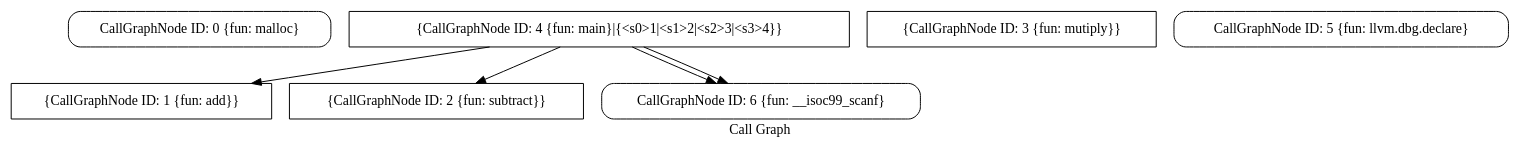
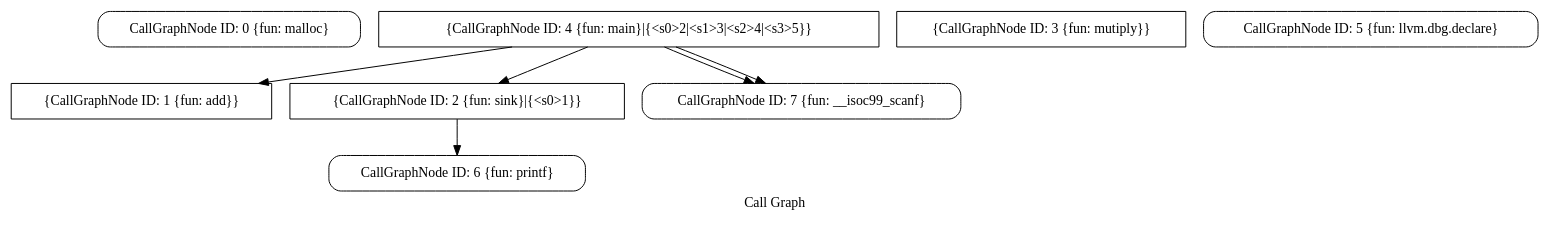
One commit to kshpdr/SVF-Project changed the diagram in graphs/call_graph_example3.bc.dot. Above: the diagram before and after it, drawn with Graphviz. The commit also changed 9 other files, not shown here.

```diff
--- a/graphs/call_graph_example3.bc.dot
+++ b/graphs/call_graph_example3.bc.dot
@@ -1,15 +1,17 @@
 digraph "Call Graph" {
 	label="Call Graph";
 
-	Node0x556d77b29900 [shape=record,shape=Mrecord,label="{CallGraphNode ID: 0 \{fun: malloc\}}"];
-	Node0x556d77ac2950 [shape=record,shape=box,label="{CallGraphNode ID: 1 \{fun: add\}}"];
-	Node0x556d77b26fa0 [shape=record,shape=box,label="{CallGraphNode ID: 2 \{fun: subtract\}}"];
-	Node0x556d77b270a0 [shape=record,shape=box,label="{CallGraphNode ID: 3 \{fun: mutiply\}}"];
-	Node0x556d77b271a0 [shape=record,shape=box,label="{CallGraphNode ID: 4 \{fun: main\}|{<s0>1|<s1>2|<s2>3|<s3>4}}"];
-	Node0x556d77b271a0:s0 -> Node0x556d77b273a0[color=black];
-	Node0x556d77b271a0:s1 -> Node0x556d77b273a0[color=black];
-	Node0x556d77b271a0:s2 -> Node0x556d77ac2950[color=black];
-	Node0x556d77b271a0:s3 -> Node0x556d77b26fa0[color=black];
-	Node0x556d77b272a0 [shape=record,shape=Mrecord,label="{CallGraphNode ID: 5 \{fun: llvm.dbg.declare\}}"];
-	Node0x556d77b273a0 [shape=record,shape=Mrecord,label="{CallGraphNode ID: 6 \{fun: __isoc99_scanf\}}"];
+	Node0x5555561aca10 [shape=record,shape=Mrecord,label="{CallGraphNode ID: 0 \{fun: malloc\}}"];
+	Node0x555556211990 [shape=record,shape=box,label="{CallGraphNode ID: 1 \{fun: add\}}"];
+	Node0x5555561f78c0 [shape=record,shape=box,label="{CallGraphNode ID: 2 \{fun: sink\}|{<s0>1}}"];
+	Node0x5555561f78c0:s0 -> Node0x5555561f7cc0[color=black];
+	Node0x5555561f79c0 [shape=record,shape=box,label="{CallGraphNode ID: 3 \{fun: mutiply\}}"];
+	Node0x5555561f7ac0 [shape=record,shape=box,label="{CallGraphNode ID: 4 \{fun: main\}|{<s0>2|<s1>3|<s2>4|<s3>5}}"];
+	Node0x5555561f7ac0:s0 -> Node0x5555561f7dc0[color=black];
+	Node0x5555561f7ac0:s1 -> Node0x5555561f7dc0[color=black];
+	Node0x5555561f7ac0:s2 -> Node0x555556211990[color=black];
+	Node0x5555561f7ac0:s3 -> Node0x5555561f78c0[color=black];
+	Node0x5555561f7bc0 [shape=record,shape=Mrecord,label="{CallGraphNode ID: 5 \{fun: llvm.dbg.declare\}}"];
+	Node0x5555561f7cc0 [shape=record,shape=Mrecord,label="{CallGraphNode ID: 6 \{fun: printf\}}"];
+	Node0x5555561f7dc0 [shape=record,shape=Mrecord,label="{CallGraphNode ID: 7 \{fun: __isoc99_scanf\}}"];
 }
```
